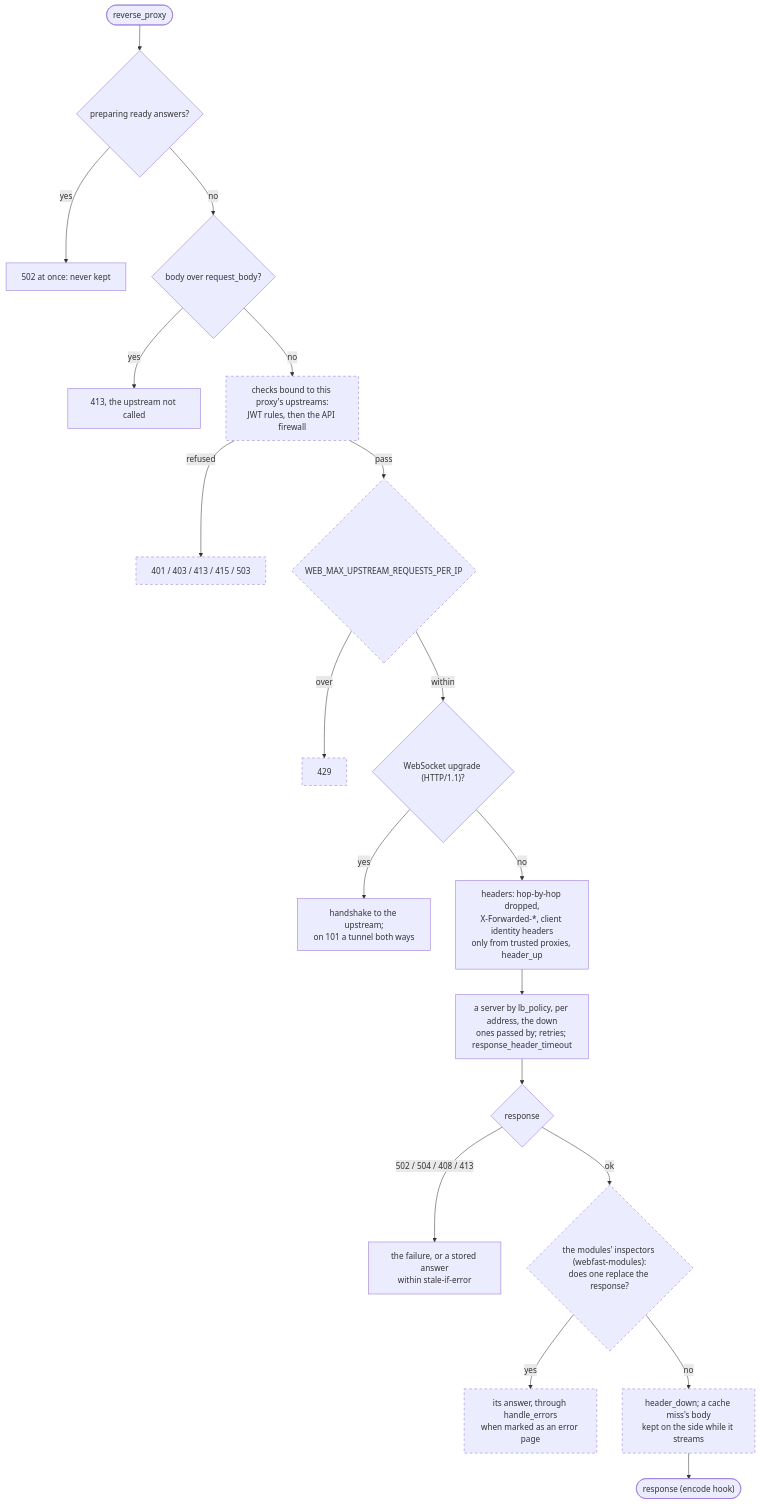
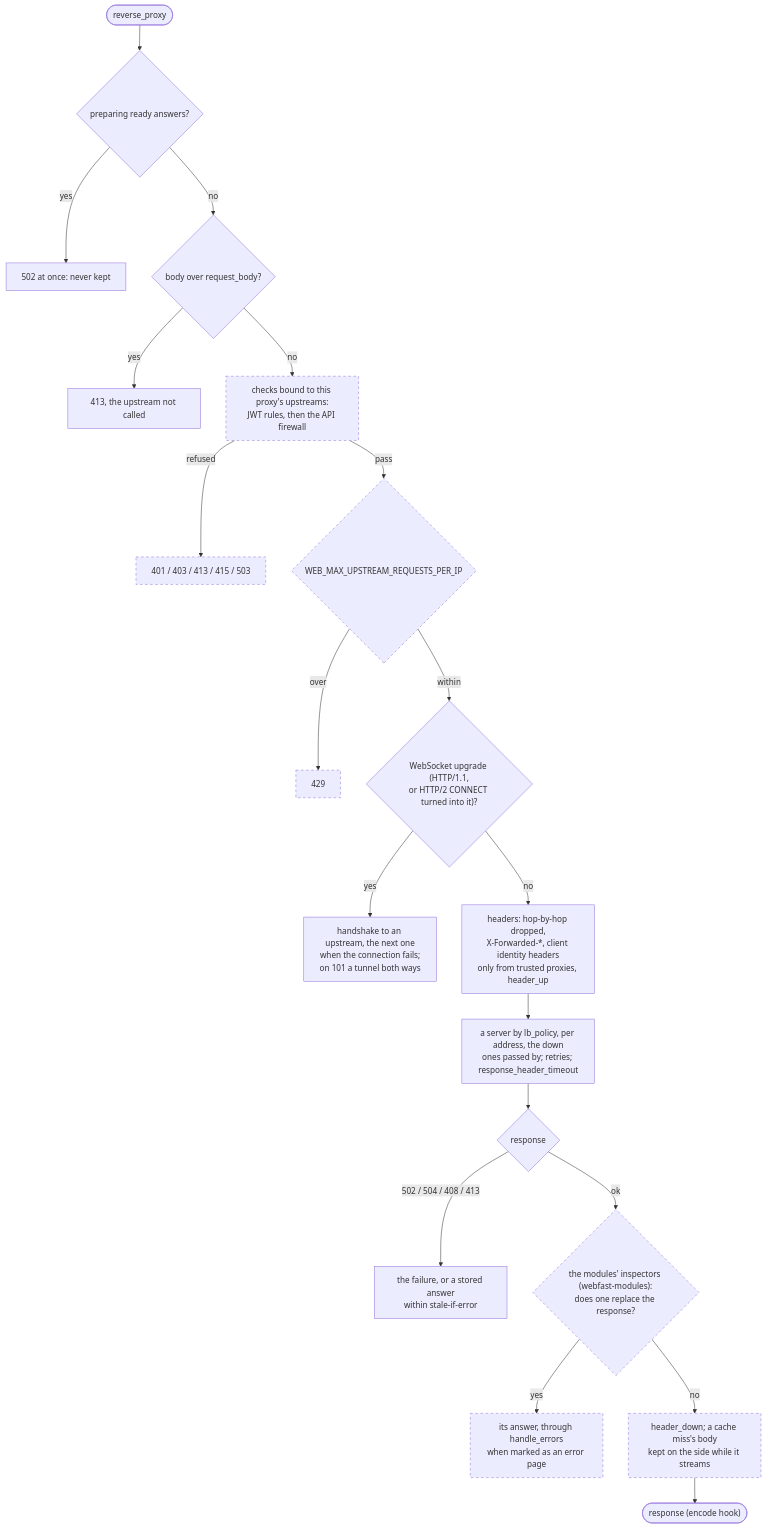
The fifth of 6 diagrams in docs/overview.md (ops-pro/webfast), drawn with Mermaid before and after one commit. The commit also changed 20 other files, not shown here.

First line of the commit message:
core: WebSocket over HTTP/2, tunnels that say goodbye and are counted

````diff
--- a/docs/overview.md
+++ b/docs/overview.md
@@ -141,24 +141,24 @@
 ```mermaid
 flowchart TD
     p(["reverse_proxy"]) --> prep{"preparing ready answers?"}
     prep -- yes --> r502["502 at once: never kept"]
     prep -- no --> big{"body over request_body?"}
     big -- yes --> r413["413, the upstream not called"]
     big -- no --> bound["checks bound to this proxy's upstreams:<br/>JWT rules, then the API firewall"]
     bound -- refused --> refused["401 / 403 / 413 / 415 / 503"]
     bound -- pass --> slot{"WEB_MAX_UPSTREAM_REQUESTS_PER_IP"}
     slot -- over --> r429["429"]
-    slot -- within --> ws{"WebSocket upgrade (HTTP/1.1)?"}
-    ws -- yes --> tunnel["handshake to the upstream;<br/>on 101 a tunnel both ways"]
+    slot -- within --> ws{"WebSocket upgrade (HTTP/1.1,<br/>or HTTP/2 CONNECT turned into it)?"}
+    ws -- yes --> tunnel["handshake to an upstream, the next one<br/>when the connection fails;<br/>on 101 a tunnel both ways"]
     ws -- no --> send["headers: hop-by-hop dropped,<br/>X-Forwarded-*, client identity headers<br/>only from trusted proxies, header_up"]
     send --> up["a server by lb_policy, per address, the down<br/>ones passed by; retries; response_header_timeout"]
     up --> resp{"response"}
     resp -- "502 / 504 / 408 / 413" --> fail["the failure, or a stored answer<br/>within stale-if-error"]
     resp -- ok --> leak{"the modules' inspectors (webfast-modules):<br/>does one replace the response?"}
     leak -- yes --> r500["its answer, through handle_errors<br/>when marked as an error page"]
     leak -- no --> tee["header_down; a cache miss's body<br/>kept on the side while it streams"]
     tee --> back(["response (encode hook)"])
 
     classDef feature stroke-dasharray: 5 5
     class bound,refused,slot,r429,leak,r500,tee feature
 ```
````
